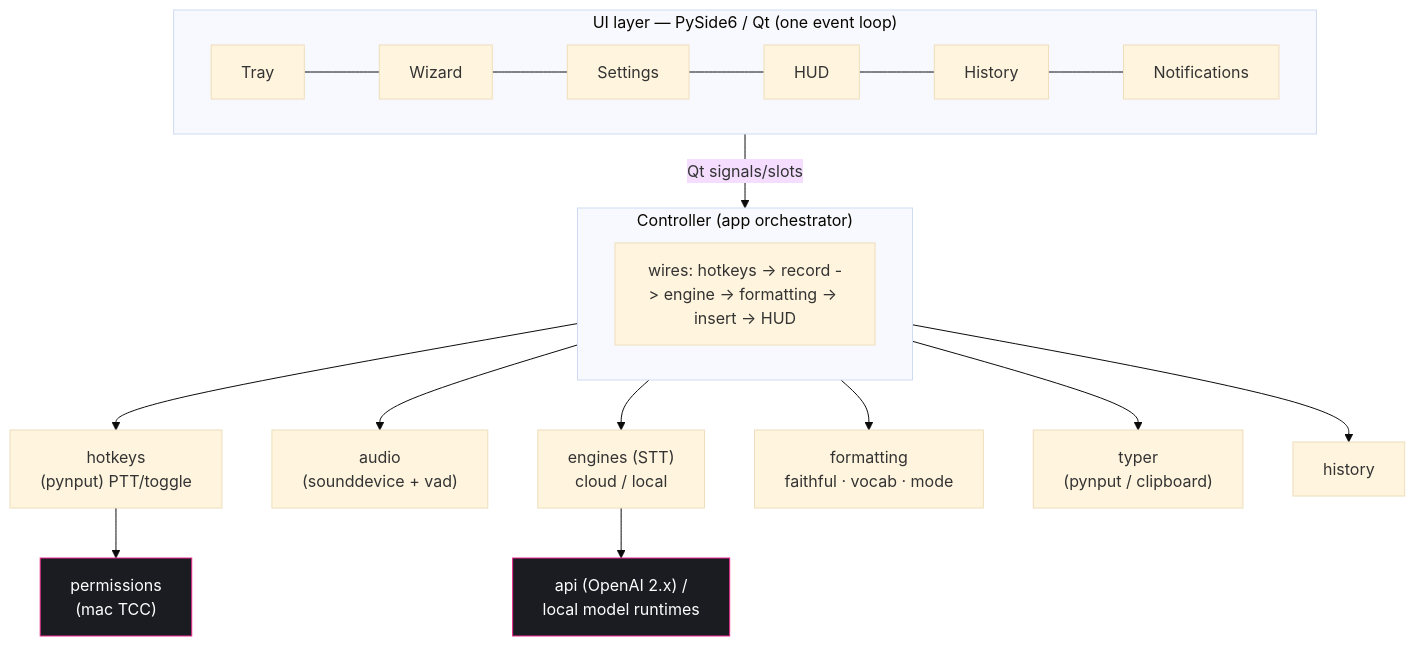
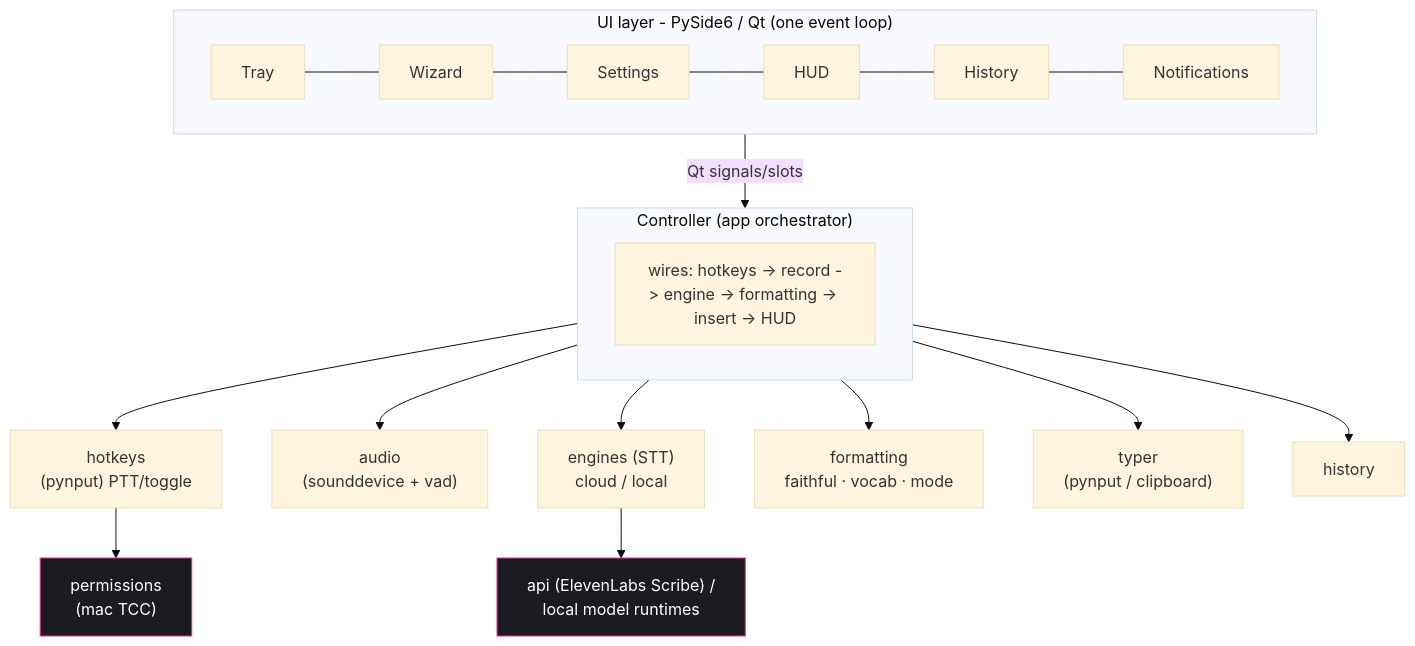
Before and after one commit to romiteld/yapper: the first of 3 diagrams in README.md, drawn with Mermaid (base theme). The commit also changed other lines of this file and 15 other files, not shown here.

Commit message:
feat(stt): switch cloud speech-to-text from OpenAI to ElevenLabs Scribe v2

````diff
--- a/README.md
+++ b/README.md
@@ -39,22 +39,22 @@
 ```mermaid
 flowchart TB
-    subgraph UI["UI layer — PySide6 / Qt (one event loop)"]
+    subgraph UI["UI layer - PySide6 / Qt (one event loop)"]
         tray["Tray"] --- wizard["Wizard"] --- settings["Settings"]
         settings --- hud["HUD"] --- history["History"] --- notif["Notifications"]
     end
     UI -- "Qt signals/slots" --> CTRL
     subgraph CTRL["Controller (app orchestrator)"]
         direction LR
         c["wires: hotkeys -> record -> engine -> formatting -> insert -> HUD"]
     end
     CTRL --> hotkeys["hotkeys<br/>(pynput) PTT/toggle"]
     CTRL --> audio["audio<br/>(sounddevice + vad)"]
     CTRL --> engines["engines (STT)<br/>cloud / local"]
     CTRL --> formatting["formatting<br/>faithful · vocab · mode"]
     CTRL --> typer["typer<br/>(pynput / clipboard)"]
     CTRL --> hist["history"]
     hotkeys --> perms["permissions<br/>(mac TCC)"]
-    engines --> api["api (OpenAI 2.x) /<br/>local model runtimes"]
+    engines --> api["api (ElevenLabs Scribe) /<br/>local model runtimes"]
     classDef plat fill:#1b1b22,stroke:#ec2a8e,color:#fff;
     class perms,api plat;
 ```
````
